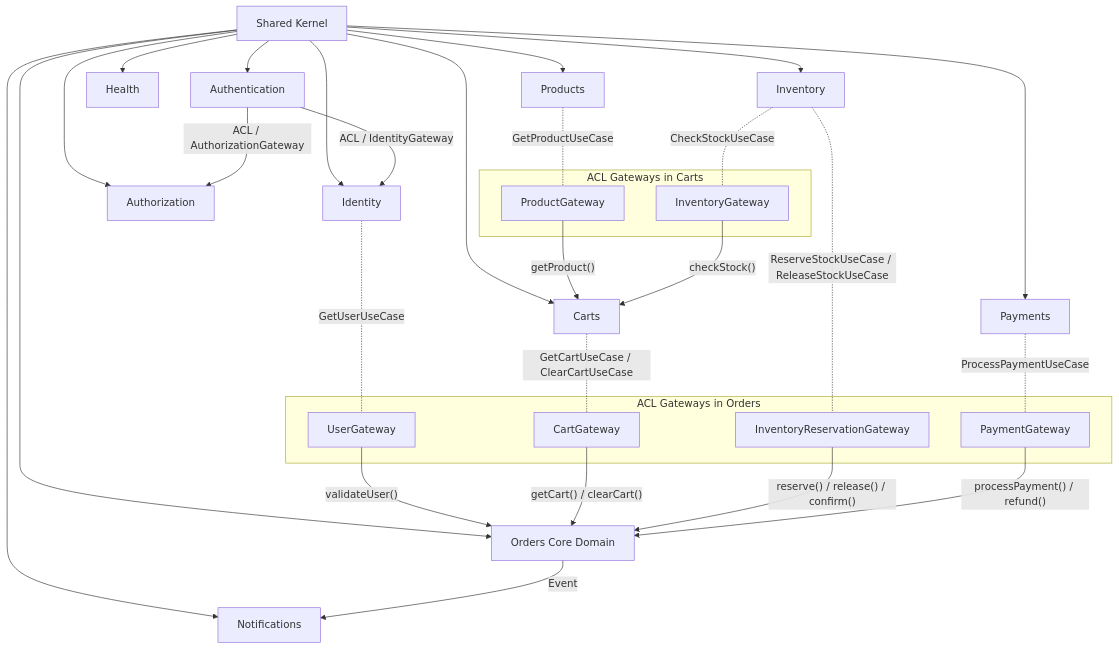
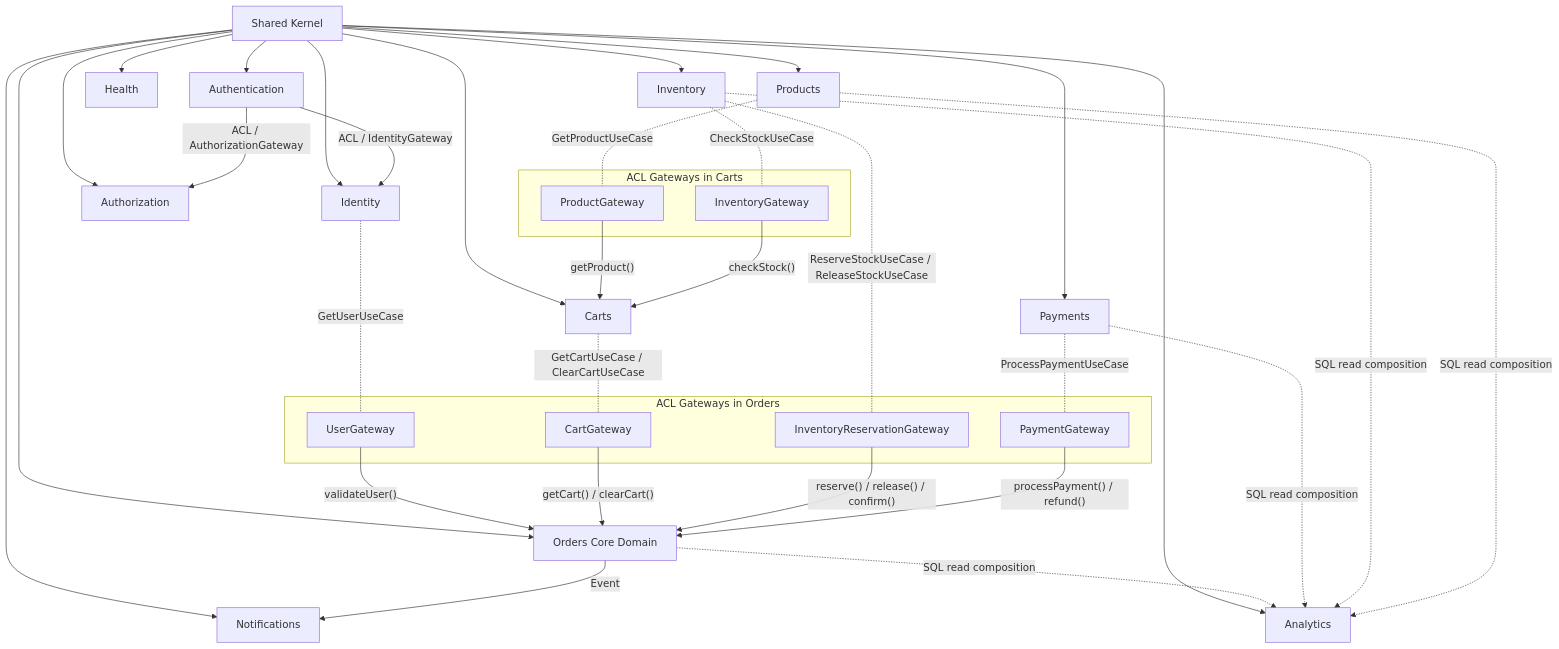
Before and after one commit to raouf-b-dev/ecommerce-store-api: the first of 11 diagrams in docs/architecture/ARCHITECTURE.md, drawn with Mermaid. The commit also changed other lines of this file and 2 other files, not shown here.

Commit message:
Add Analytics module documentation and update architecture references
- Expanded the PROJECT-CONTEXT.md to include the new Analytics bounded context, detailing its role in admin operational reporting and query composition.
- Updated FEATURES.md to reflect the addition of the Analytics module, bringing the total number of modules to eleven.
- Enhanced ARCHITECTURE.md with details on the Analytics context, including its relationship with other modules and its query-only composition nature, as per ADR-0007.
- This update improves documentation clarity and ensures comprehensive coverage of the new analytics functionalities within the system.

````diff
--- a/docs/architecture/ARCHITECTURE.md
+++ b/docs/architecture/ARCHITECTURE.md
@@ -42,45 +43,51 @@
 ```mermaid
 graph TD
  SK[Shared Kernel] --> Orders[Orders Core Domain]
  SK --> Carts[Carts]
  SK --> Inventory[Inventory]
  SK --> Products[Products]
  SK --> Identity[Identity]
  SK --> Authorization[Authorization]
  SK --> Payments[Payments]
  SK --> Authentication[Authentication]
  SK --> Notifications[Notifications]
+ SK --> Analytics[Analytics]
  SK --> Health[Health]
 
  subgraph ACL_Orders["ACL Gateways in Orders"]
  CustGW["UserGateway"]
  CartGW["CartGateway"]
  InvGW["InventoryReservationGateway"]
  PayGW["PaymentGateway"]
  end
 
  Identity -.-|"GetUserUseCase"| CustGW
  Carts -.-|"GetCartUseCase / ClearCartUseCase"| CartGW
  Inventory -.-|"ReserveStockUseCase / ReleaseStockUseCase"| InvGW
  Payments -.-|"ProcessPaymentUseCase"| PayGW
 
  CustGW -->|"validateUser()"| Orders
  CartGW -->|"getCart() / clearCart()"| Orders
  InvGW -->|"reserve() / release() / confirm()"| Orders
  PayGW -->|"processPayment() / refund()"| Orders
 
  subgraph ACL_Carts["ACL Gateways in Carts"]
  ProdGW["ProductGateway"]
  InvGW2["InventoryGateway"]
  end
 
  Products -.-|"GetProductUseCase"| ProdGW
  Inventory -.-|"CheckStockUseCase"| InvGW2
 
  ProdGW -->|"getProduct()"| Carts
  InvGW2 -->|"checkStock()"| Carts
 
  Authentication -->|"ACL / IdentityGateway"| Identity
  Authentication -->|"ACL / AuthorizationGateway"| Authorization
  Orders -->|"Event"| Notifications
+
+ Orders -.->|"SQL read composition"| Analytics
+ Payments -.->|"SQL read composition"| Analytics
+ Inventory -.->|"SQL read composition"| Analytics
+ Products -.->|"SQL read composition"| Analytics
 ```
````
